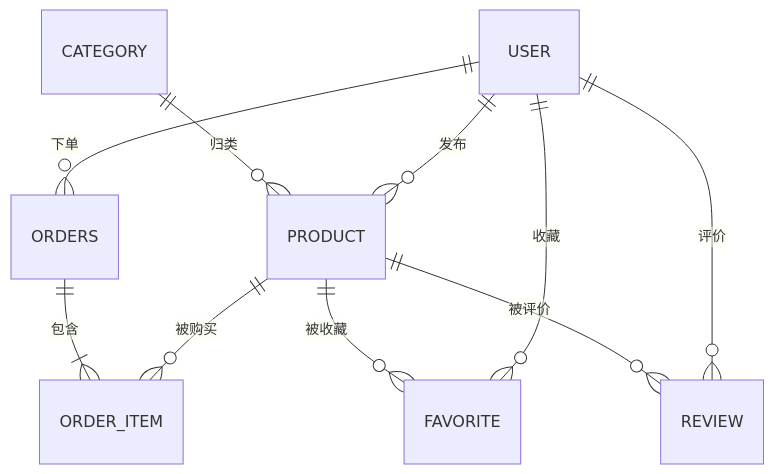
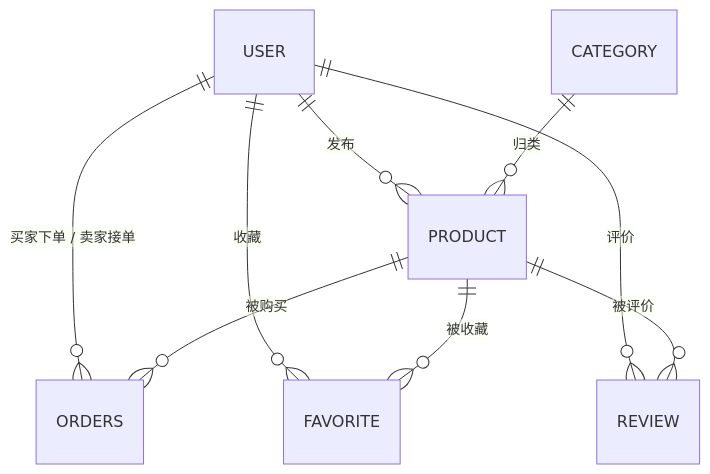
One commit to cjjkd/CampusMart changed the diagram in README.md. Above: the diagram before and after it, drawn with Mermaid. The commit also changed other lines of this file and 1 other file, not shown here.

Commit message:
docs: 校准 ER 图与 README 至真实表结构（USER/CATEGORY/PRODUCT/ORDER）

````diff
--- a/README.md
+++ b/README.md
@@ -120,12 +120,11 @@
 ```mermaid
 erDiagram
-    USER ||--o{ PRODUCT : "发布"
-    USER ||--o{ ORDERS : "下单"
+    USER ||--o{ PRODUCT  : "发布"
+    USER ||--o{ ORDERS   : "买家下单 / 卖家接单"
     USER ||--o{ FAVORITE : "收藏"
-    USER ||--o{ REVIEW : "评价"
+    USER ||--o{ REVIEW   : "评价"
     CATEGORY ||--o{ PRODUCT : "归类"
-    PRODUCT ||--o{ ORDER_ITEM : "被购买"
-    PRODUCT ||--o{ FAVORITE : "被收藏"
-    PRODUCT ||--o{ REVIEW : "被评价"
-    ORDERS ||--|{ ORDER_ITEM : "包含"
+    PRODUCT  ||--o{ ORDERS   : "被购买"
+    PRODUCT  ||--o{ FAVORITE : "被收藏"
+    PRODUCT  ||--o{ REVIEW   : "被评价"
 ```
````
